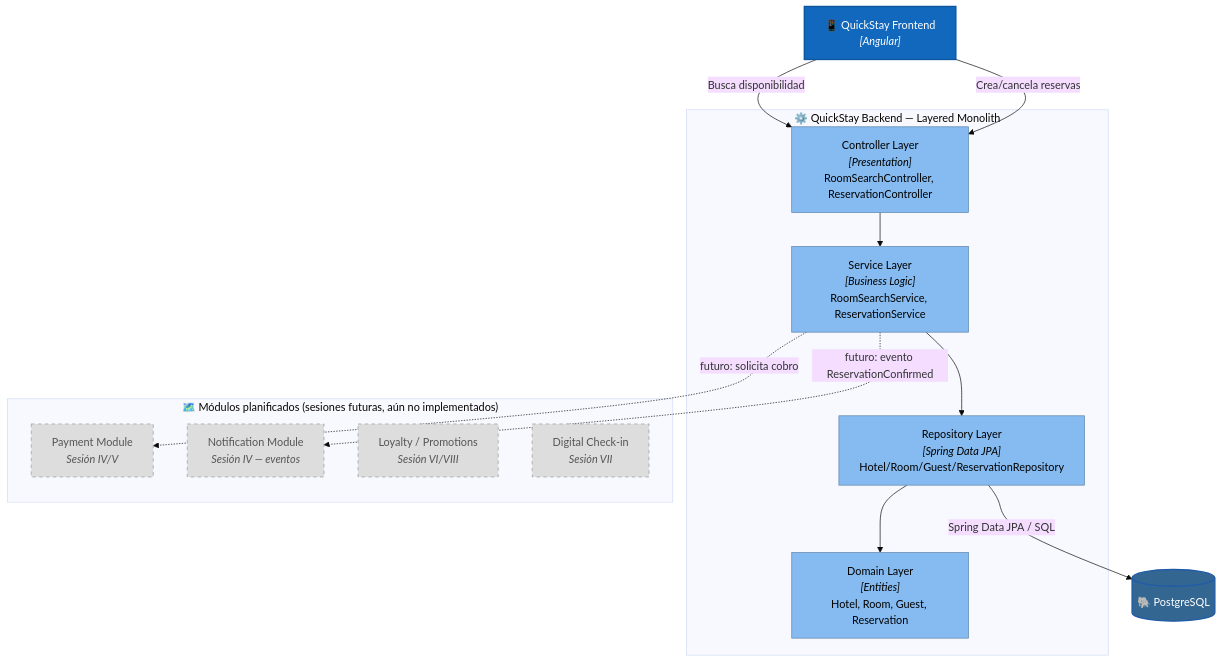
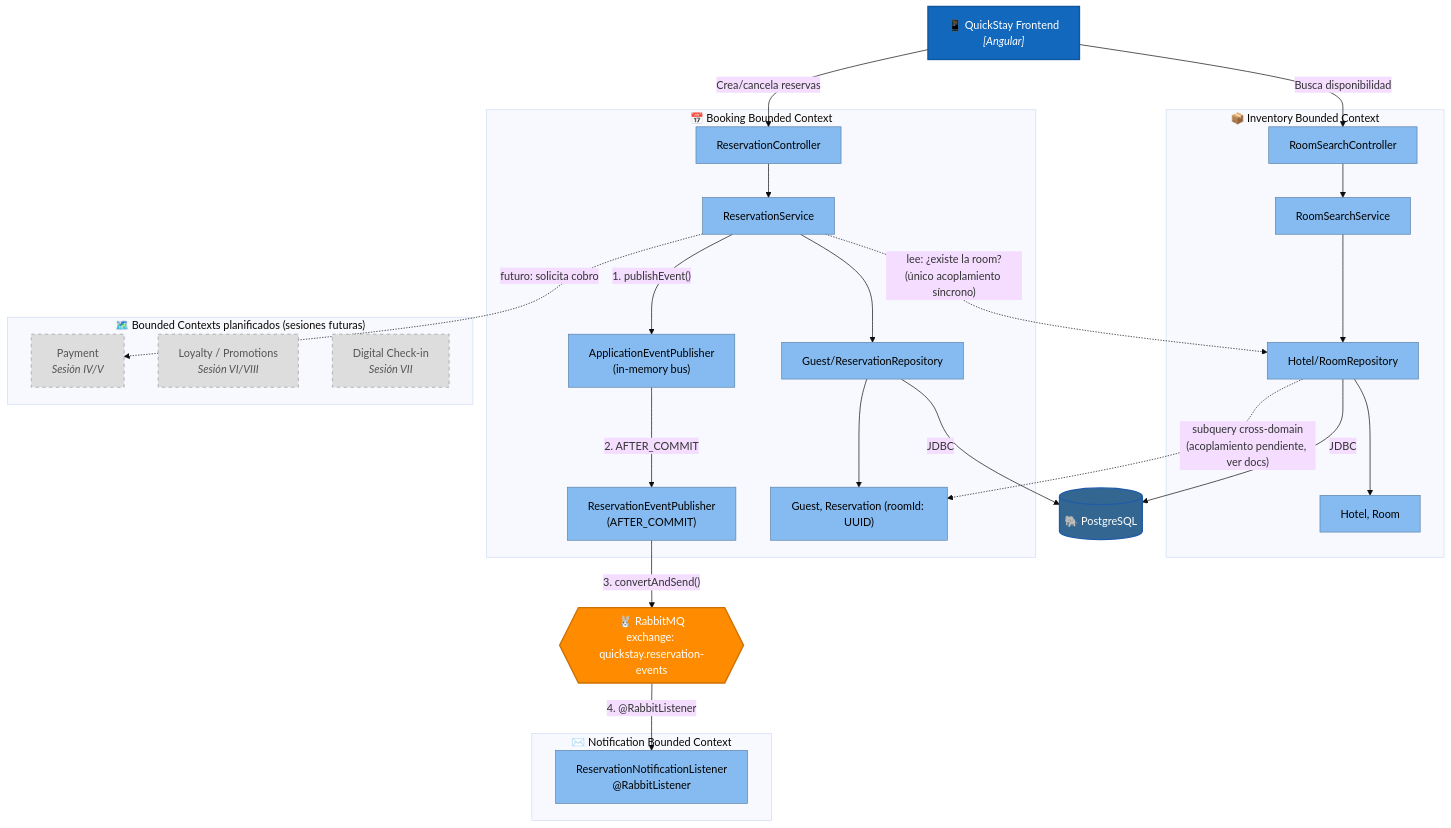
The third of 3 diagrams in README.md (robertoq17/quickstay-hotel), drawn with Mermaid (base theme) before and after one commit. The commit also changed other lines of this file and 58 other files, not shown here.

First line of the commit message:
event-driven communication between Booking and Notification

````diff
--- a/README.md
+++ b/README.md
@@ -175,39 +272,63 @@
 ```mermaid
 graph TD
     frontend["📱 QuickStay Frontend<br/><i>[Angular]</i>"]
     database[("🐘 PostgreSQL")]
+    broker{{"🐰 RabbitMQ<br/>exchange: quickstay.reservation-events"}}
 
-    subgraph Backend["⚙️ QuickStay Backend — Layered Monolith"]
-        controller["Controller Layer<br/><i>[Presentation]</i><br/>RoomSearchController, ReservationController"]
-        service["Service Layer<br/><i>[Business Logic]</i><br/>RoomSearchService, ReservationService"]
-        repository["Repository Layer<br/><i>[Spring Data JPA]</i><br/>Hotel/Room/Guest/ReservationRepository"]
-        domain["Domain Layer<br/><i>[Entities]</i><br/>Hotel, Room, Guest, Reservation"]
+    subgraph Inventory["📦 Inventory Bounded Context"]
+        invWeb["RoomSearchController"]
+        invService["RoomSearchService"]
+        invRepo["Hotel/RoomRepository"]
+        invDomain["Hotel, Room"]
     end
 
-    subgraph Roadmap["🗺️ Módulos planificados (sesiones futuras, aún no implementados)"]
-        paymentMod["Payment Module<br/><i>Sesión IV/V</i>"]
-        notifMod["Notification Module<br/><i>Sesión IV — eventos</i>"]
+    subgraph Booking["📅 Booking Bounded Context"]
+        bookWeb["ReservationController"]
+        bookService["ReservationService"]
+        bookEvent["ApplicationEventPublisher<br/>(in-memory bus)"]
+        bookPublisher["ReservationEventPublisher<br/>(AFTER_COMMIT)"]
+        bookRepo["Guest/ReservationRepository"]
+        bookDomain["Guest, Reservation (roomId: UUID)"]
+    end
+
+    subgraph Notification["✉️ Notification Bounded Context"]
+        notifListener["ReservationNotificationListener<br/>@RabbitListener"]
+    end
+
+    subgraph Roadmap["🗺️ Bounded Contexts planificados (sesiones futuras)"]
+        paymentMod["Payment<br/><i>Sesión IV/V</i>"]
         loyaltyMod["Loyalty / Promotions<br/><i>Sesión VI/VIII</i>"]
         checkinMod["Digital Check-in<br/><i>Sesión VII</i>"]
     end
 
-    frontend -->|"Busca disponibilidad"| controller
-    frontend -->|"Crea/cancela reservas"| controller
-    controller --> service
-    service --> repository
-    repository --> domain
-    repository -->|"Spring Data JPA / SQL"| database
+    frontend -->|"Busca disponibilidad"| invWeb
+    frontend -->|"Crea/cancela reservas"| bookWeb
 
-    service -.->|"futuro: evento ReservationConfirmed"| notifMod
-    service -.->|"futuro: solicita cobro"| paymentMod
+    invWeb --> invService --> invRepo --> invDomain
+    bookWeb --> bookService --> bookRepo --> bookDomain
+
+    invRepo -->|"JDBC"| database
+    bookRepo -->|"JDBC"| database
+
+    bookService -.->|"lee: ¿existe la room?<br/>(único acoplamiento síncrono)"| invRepo
+    invRepo -.->|"subquery cross-domain<br/>(acoplamiento pendiente, ver docs)"| bookDomain
+
+    bookService -->|"1. publishEvent()"| bookEvent
+    bookEvent -->|"2. AFTER_COMMIT"| bookPublisher
+    bookPublisher -->|"3. convertAndSend()"| broker
+    broker -->|"4. @RabbitListener"| notifListener
+
+    bookService -.->|"futuro: solicita cobro"| paymentMod
 
     classDef container fill:#1168bd,color:#fff,stroke:#0e569e,stroke-width:2px;
     classDef component fill:#85bbf0,color:#000,stroke:#5d82a8,stroke-width:1px;
     classDef db fill:#336791,color:#fff,stroke:#205ba8,stroke-width:2px;
+    classDef broker fill:#ff8c00,color:#fff,stroke:#cc7000,stroke-width:2px;
     classDef future fill:#dddddd,color:#555,stroke:#999999,stroke-width:1px,stroke-dasharray: 5 5;
 
     class frontend container;
     class database db;
-    class controller,service,repository,domain component;
-    class paymentMod,notifMod,loyaltyMod,checkinMod future;
+    class broker broker;
+    class invWeb,invService,invRepo,invDomain,bookWeb,bookService,bookEvent,bookPublisher,bookRepo,bookDomain,notifListener component;
+    class paymentMod,loyaltyMod,checkinMod future;
 ```
````
